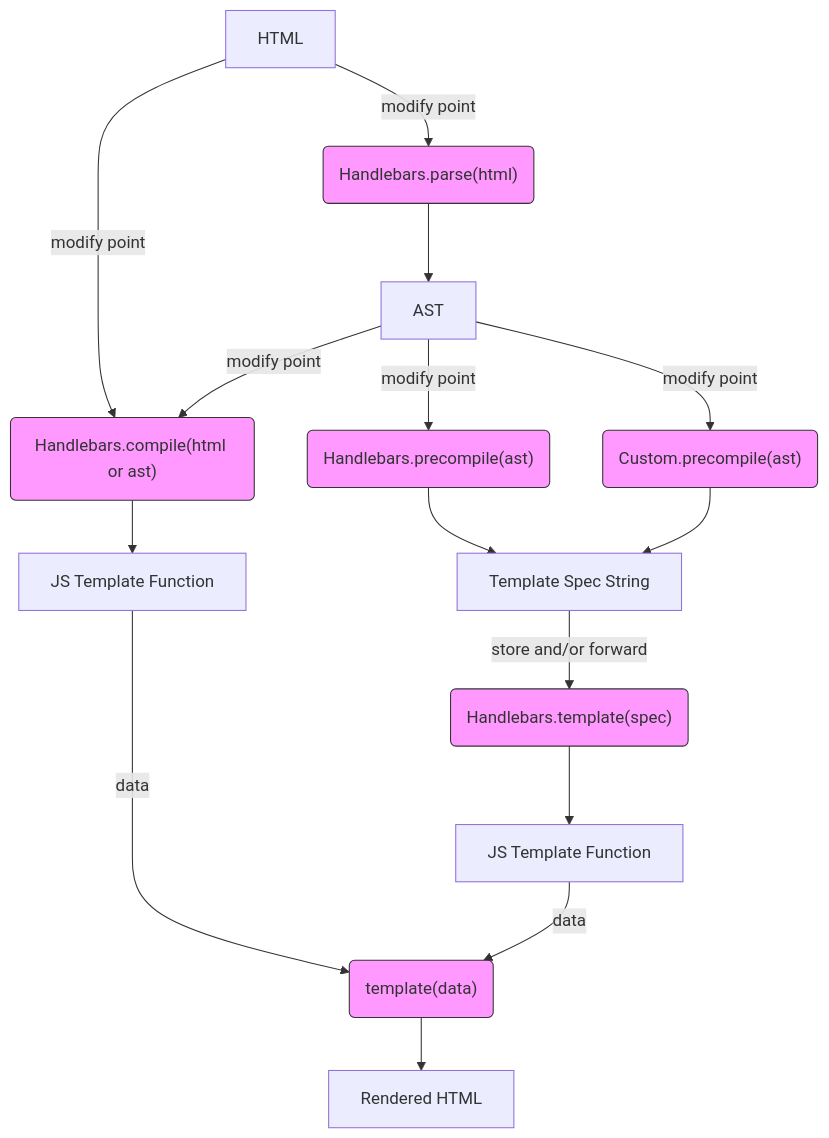
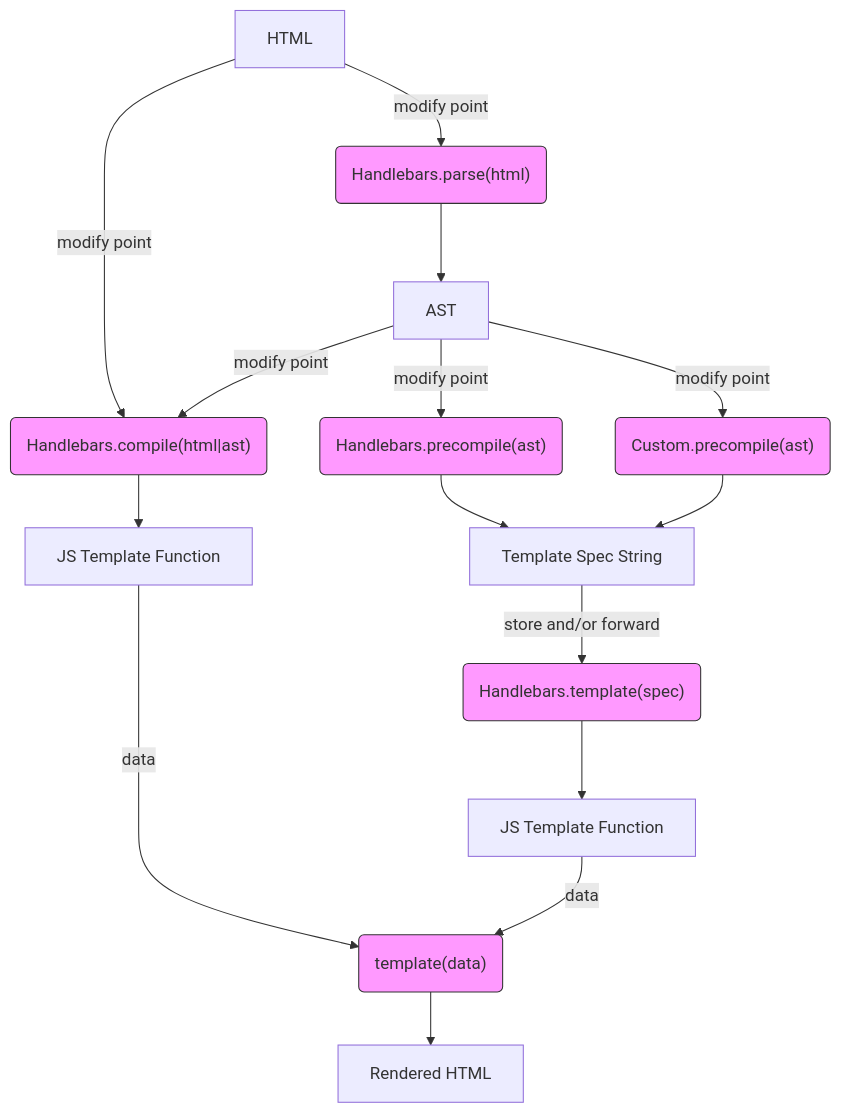
Before and after one commit to dhollenbeck/handlebars-internals: the diagram in docs/diagrams/workflow.md, drawn with Mermaid. The commit also changed other lines of this file, not shown here.

Commit message:
workflow diagram

````diff
--- a/docs/diagrams/workflow.md
+++ b/docs/diagrams/workflow.md
@@ -5,27 +5,28 @@
 ```mermaid
 graph TD
 HTML --> |modify point|fncCompile
 HTML -->|modify point|fncParse("Handlebars.parse(html)")
 fncParse --> AST
-AST -->|modify point|fncCompile("Handlebars.compile(html or ast)")
+AST -->|modify point|fncCompile("Handlebars.compile(html|ast)")
 AST -->|modify point|fncPrecompile("Handlebars.precompile(ast)")
 AST -->|modify point|fncPrecompileCustom("Custom.precompile(ast)")
 fncCompile --> F[JS Template Function]
 F --> |data|fncTemplate("template(data)")
 fncPrecompile --> G[Template Spec String]
 fncPrecompileCustom --> G[Template Spec String]
 G -->|store and/or forward|fncRevive("Handlebars.template(spec)")
 fncRevive -->J[JS Template Function]
 J --> |data|fncTemplate("template(data)")
 fncTemplate -->RHTML[Rendered HTML]
 
 classDef fncStyle fill:#f9f,stroke:#333,stroke-width:1px;
 class fncParse fncStyle;
 class fncCompile fncStyle;
 class fncPrecompile fncStyle;
 class fncPrecompileCustom fncStyle;
 class fncRevive fncStyle;
 class fncTemplate fncStyle;
 
 
+
 ```
````
